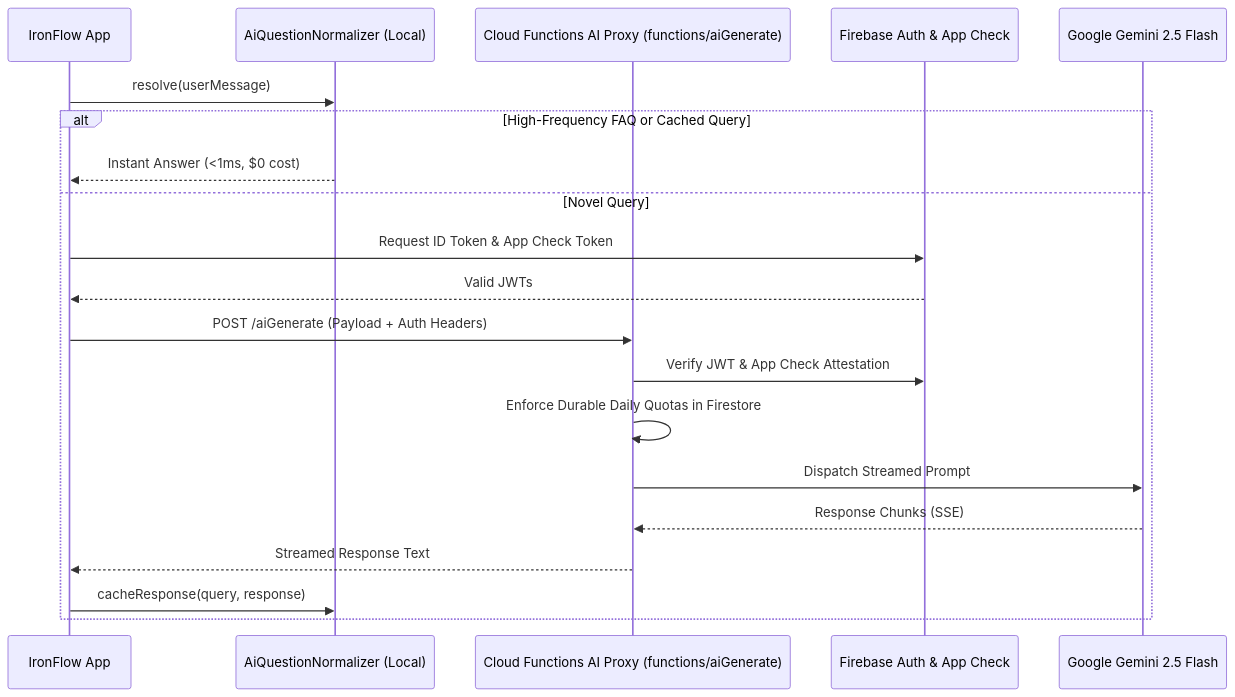
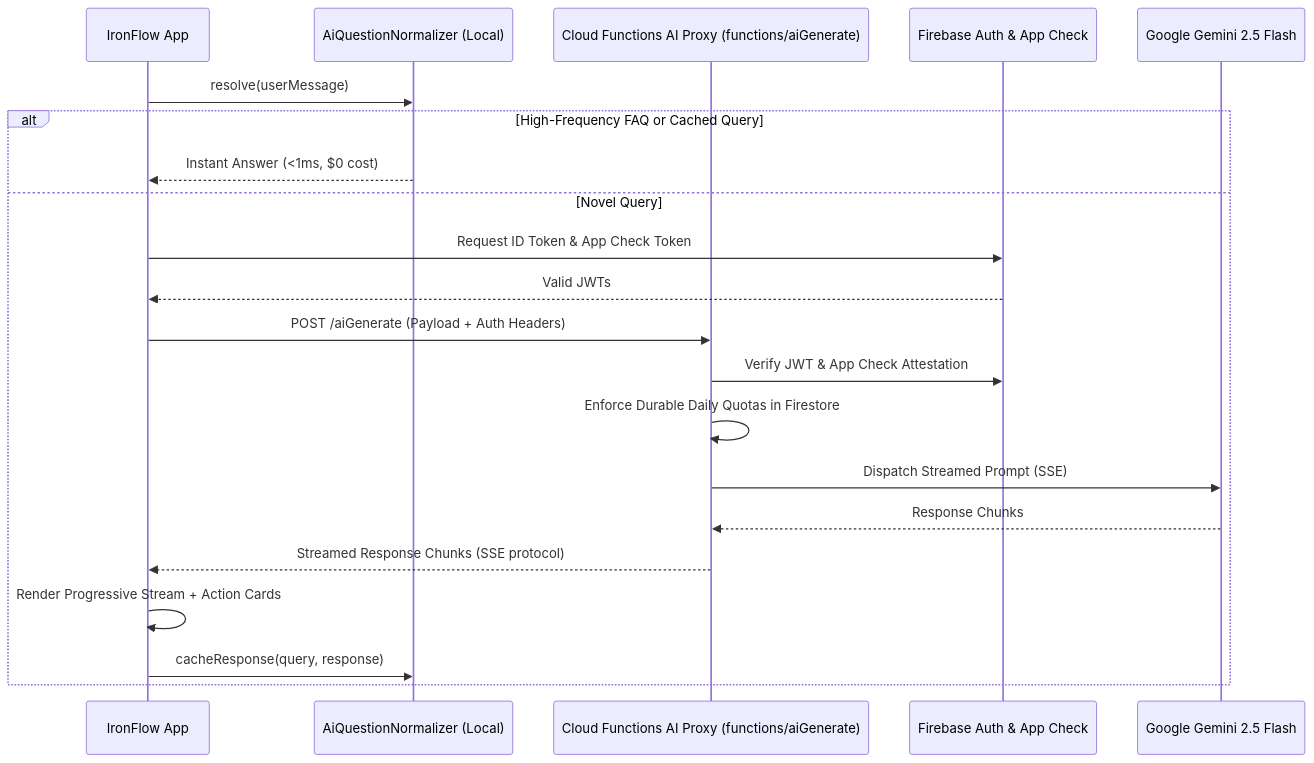
One commit to hamdiouni/ironflow-fitness-app changed the fourth of 4 diagrams in docs/CLIENT_PACK/ARCHITECTURE_OVERVIEW.md. Above: the diagram before and after it, drawn with Mermaid. The commit also changed other lines of this file and 15 other files, not shown here.

````diff
--- a/docs/CLIENT_PACK/ARCHITECTURE_OVERVIEW.md
+++ b/docs/CLIENT_PACK/ARCHITECTURE_OVERVIEW.md
@@ -115,23 +124,24 @@
 ```mermaid
 sequenceDiagram
     participant User as IronFlow App
     participant Normalizer as AiQuestionNormalizer (Local)
     participant Proxy as Cloud Functions AI Proxy (functions/aiGenerate)
     participant Auth as Firebase Auth & App Check
     participant LLM as Google Gemini 2.5 Flash
 
     User->>Normalizer: resolve(userMessage)
     alt High-Frequency FAQ or Cached Query
         Normalizer-->>User: Instant Answer (<1ms, $0 cost)
     else Novel Query
         User->>Auth: Request ID Token & App Check Token
         Auth-->>User: Valid JWTs
         User->>Proxy: POST /aiGenerate (Payload + Auth Headers)
         Proxy->>Auth: Verify JWT & App Check Attestation
         Proxy->>Proxy: Enforce Durable Daily Quotas in Firestore
-        Proxy->>LLM: Dispatch Streamed Prompt
-        LLM-->>Proxy: Response Chunks (SSE)
-        Proxy-->>User: Streamed Response Text
+        Proxy->>LLM: Dispatch Streamed Prompt (SSE)
+        LLM-->>Proxy: Response Chunks
+        Proxy-->>User: Streamed Response Chunks (SSE protocol)
+        User->>User: Render Progressive Stream + Action Cards
         User->>Normalizer: cacheResponse(query, response)
     end
 ```
````
